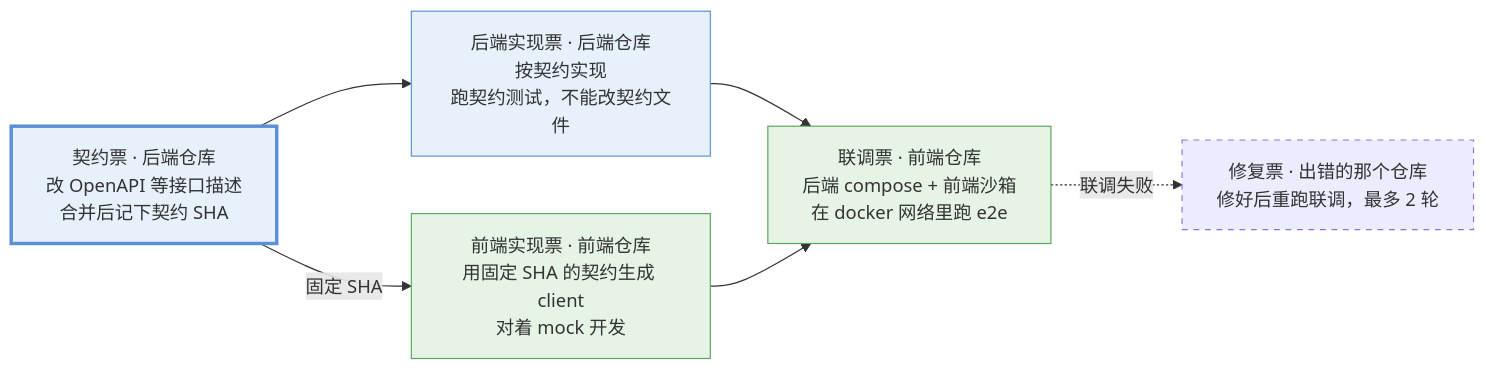
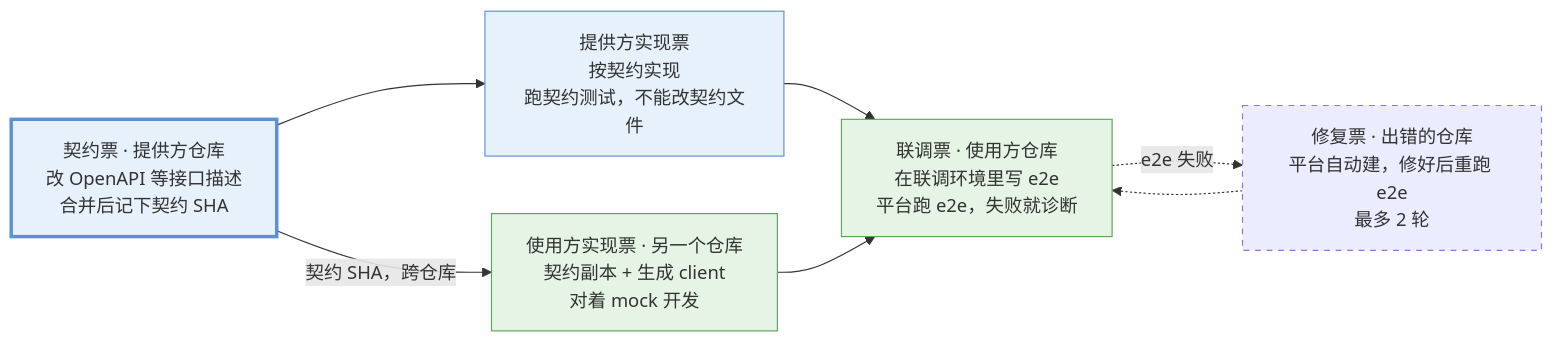
Diagram 13 of 22 in docs/design.md (xxh171015/afk-platform), drawn with Mermaid before and after one commit. The commit also changed other lines of this file and 3 other files, not shown here.

````diff
--- a/docs/design.md
+++ b/docs/design.md
@@ -621,19 +629,20 @@
 ```mermaid
 flowchart LR
-    contract["契约票 · 后端仓库<br/>改 OpenAPI 等接口描述<br/>合并后记下契约 SHA"]
-    backend["后端实现票 · 后端仓库<br/>按契约实现<br/>跑契约测试，不能改契约文件"]
-    frontend["前端实现票 · 前端仓库<br/>用固定 SHA 的契约生成 client<br/>对着 mock 开发"]
-    integration["联调票 · 前端仓库<br/>后端 compose + 前端沙箱<br/>在 docker 网络里跑 e2e"]
-    fix["修复票 · 出错的那个仓库<br/>修好后重跑联调，最多 2 轮"]
+    contract["契约票 · 提供方仓库<br/>改 OpenAPI 等接口描述<br/>合并后记下契约 SHA"]
+    backend["提供方实现票<br/>按契约实现<br/>跑契约测试，不能改契约文件"]
+    frontend["使用方实现票 · 另一个仓库<br/>契约副本 + 生成 client<br/>对着 mock 开发"]
+    integration["联调票 · 使用方仓库<br/>在联调环境里写 e2e<br/>平台跑 e2e，失败就诊断"]
+    fix["修复票 · 出错的仓库<br/>平台自动建，修好后重跑 e2e<br/>最多 2 轮"]
     contract --> backend
-    contract -->|固定 SHA| frontend
+    contract -->|契约 SHA，跨仓库| frontend
     backend --> integration
     frontend --> integration
-    integration -.->|联调失败| fix
+    integration -.->|e2e 失败| fix
+    fix -.-> integration
     classDef be fill:#e7f1fb,stroke:#5b8fd6
     classDef fe fill:#e5f4e4,stroke:#5aa55a
     class contract,backend be
     class frontend,integration fe
     style contract stroke-width:3px
     style fix stroke-dasharray:5 5
 ```
````
